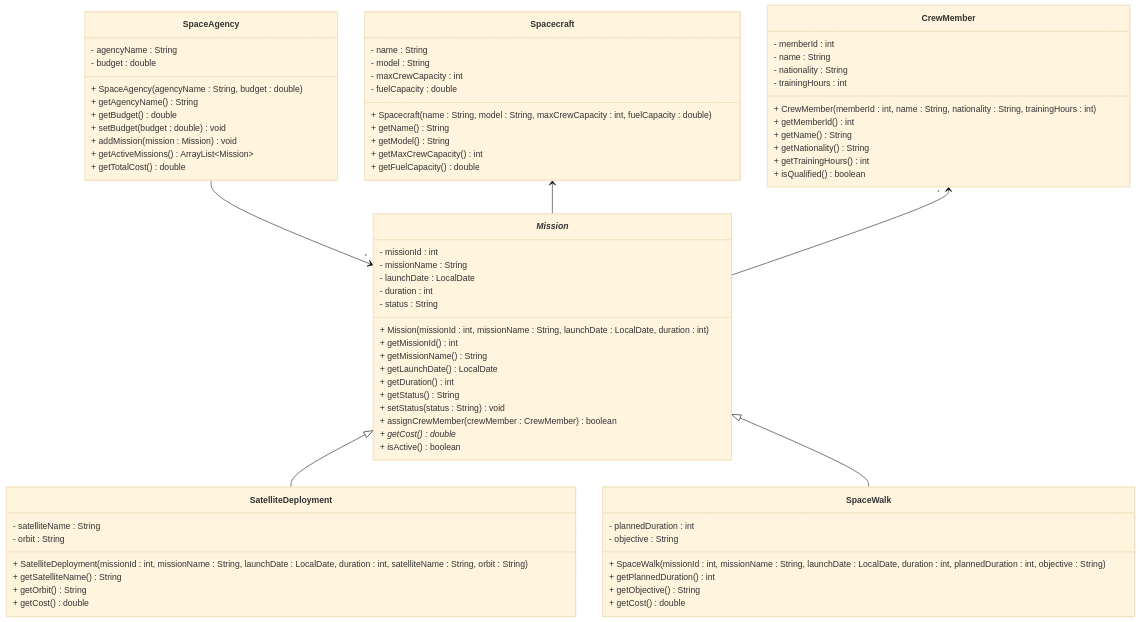
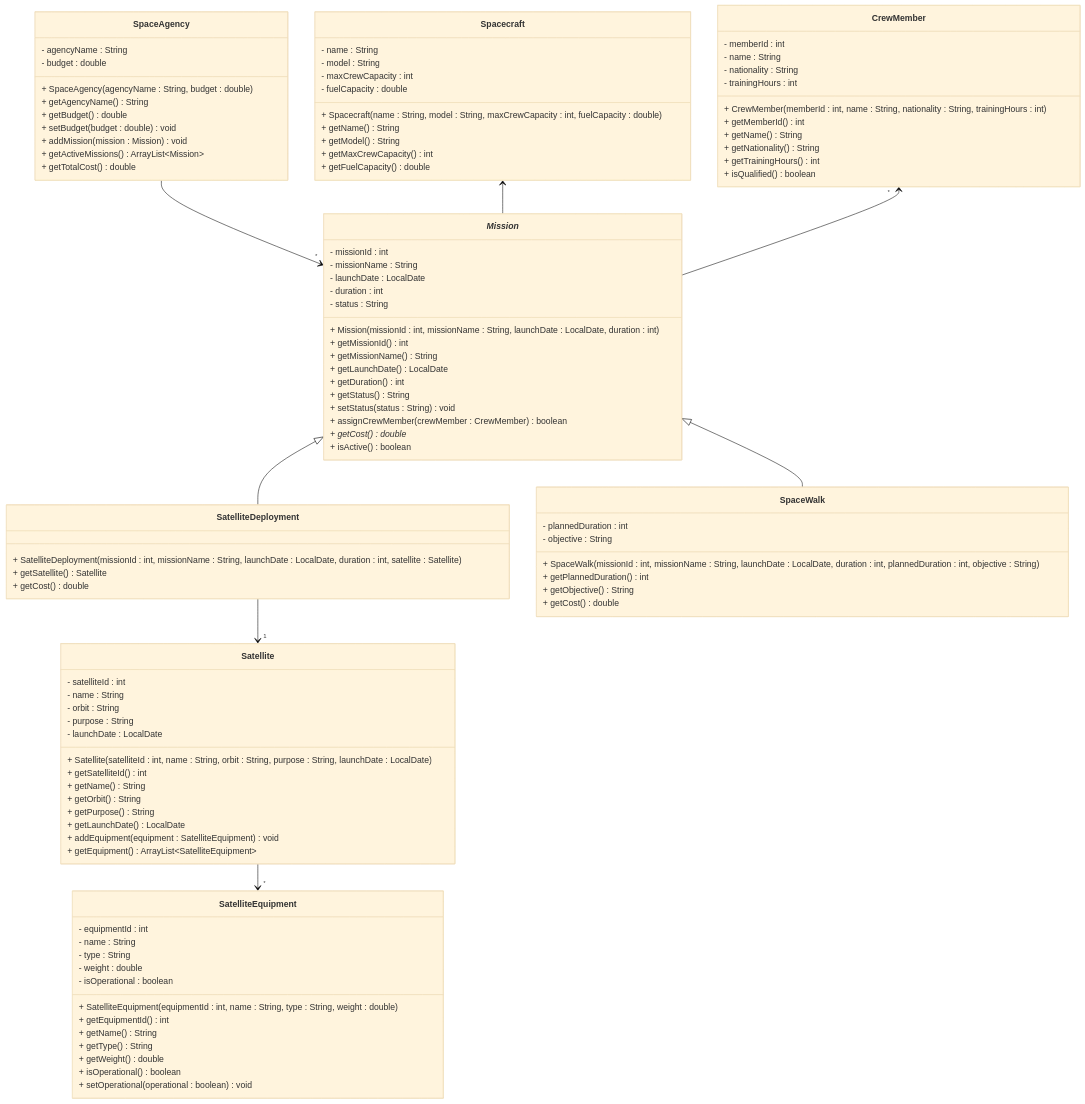
One commit to TroelsMortensen/Codelabs2 changed the diagram in Articles/Session 24 - Exam/ExamExercises/Exam Assignment - 4 - Space Mission.md. Above: the diagram before and after it, drawn with Mermaid (base theme). The commit also changed other lines of this file and 2 other files, not shown here.

````diff
--- a/Articles/Session 24 - Exam/ExamExercises/Exam Assignment - 4 - Space Mission.md
+++ b/Articles/Session 24 - Exam/ExamExercises/Exam Assignment - 4 - Space Mission.md
@@ -59,12 +59,40 @@
         + getFuelCapacity() double
     }
     
+    class Satellite {
+        - satelliteId : int
+        - name : String
+        - orbit : String
+        - purpose : String
+        - launchDate : LocalDate
+        + Satellite(satelliteId : int, name : String, orbit : String, purpose : String, launchDate : LocalDate)
+        + getSatelliteId() int
+        + getName() String
+        + getOrbit() String
+        + getPurpose() String
+        + getLaunchDate() LocalDate
+        + addEquipment(equipment : SatelliteEquipment) void
+        + getEquipment() ArrayList~SatelliteEquipment~
+    }
+    
+    class SatelliteEquipment {
+        - equipmentId : int
+        - name : String
+        - type : String
+        - weight : double
+        - isOperational : boolean
+        + SatelliteEquipment(equipmentId : int, name : String, type : String, weight : double)
+        + getEquipmentId() int
+        + getName() String
+        + getType() String
+        + getWeight() double
+        + isOperational() boolean
+        + setOperational(operational : boolean) void
+    }
+    
     class SatelliteDeployment {
-        - satelliteName : String
-        - orbit : String
-        + SatelliteDeployment(missionId : int, missionName : String, launchDate : LocalDate, duration : int, satelliteName : String, orbit : String)
-        + getSatelliteName() String
-        + getOrbit() String
+        + SatelliteDeployment(missionId : int, missionName : String, launchDate : LocalDate, duration : int, satellite : Satellite)
+        + getSatellite() Satellite
         + getCost() double
     }
     
@@ -82,4 +110,6 @@
     CrewMember "*" <-- _Mission_
     _Mission_ <|-- SatelliteDeployment
     _Mission_ <|-- SpaceWalk
+    SatelliteDeployment --> "1" Satellite
+    Satellite --> "*" SatelliteEquipment
 ```
````
